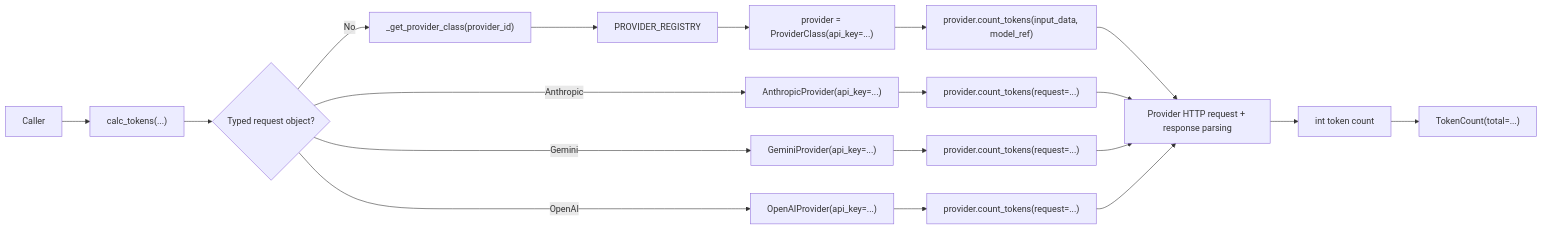
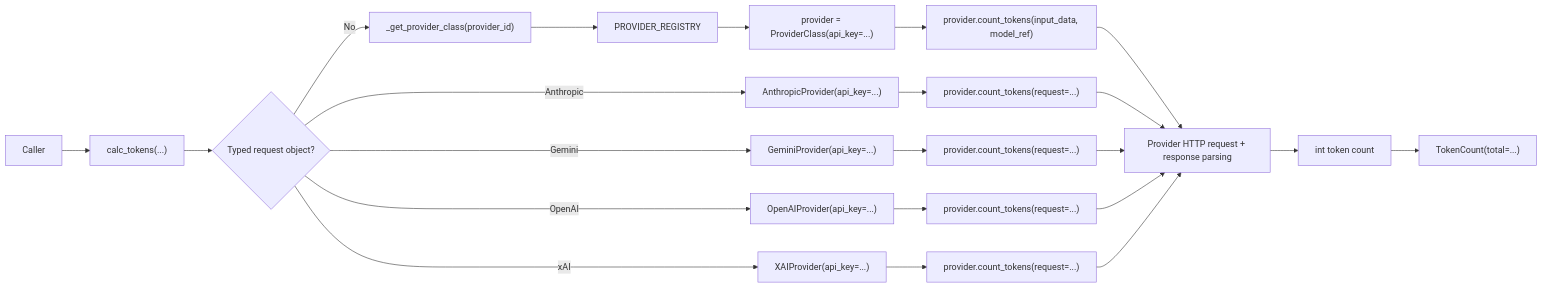
One commit to vienneraphael/kentokit changed the diagram in docs/architecture/api.md. Above: the diagram before and after it, drawn with Mermaid. The commit also changed other lines of this file and 2 other files, not shown here.

Commit message:
docs: document xai typed request support

````diff
--- a/docs/architecture/api.md
+++ b/docs/architecture/api.md
@@ -28,21 +29,24 @@
 ```mermaid
 flowchart LR
     A["Caller"] --> B["calc_tokens(...)"]
     B --> C{"Typed request object?"}
     C -->|No| D["_get_provider_class(provider_id)"]
     D --> E["PROVIDER_REGISTRY"]
     E --> F["provider = ProviderClass(api_key=...)"]
     F --> G["provider.count_tokens(input_data, model_ref)"]
     G --> H["Provider HTTP request + response parsing"]
     H --> I["int token count"]
     I --> J["TokenCount(total=...)"]
     C -->|Anthropic| K["AnthropicProvider(api_key=...)"]
     C -->|Gemini| L["GeminiProvider(api_key=...)"]
     C -->|OpenAI| M["OpenAIProvider(api_key=...)"]
+    C -->|xAI| Q["XAIProvider(api_key=...)"]
     K --> N["provider.count_tokens(request=...)"]
     L --> O["provider.count_tokens(request=...)"]
     M --> P["provider.count_tokens(request=...)"]
+    Q --> R["provider.count_tokens(request=...)"]
     N --> H
     O --> H
     P --> H
+    R --> H
 ```
````
